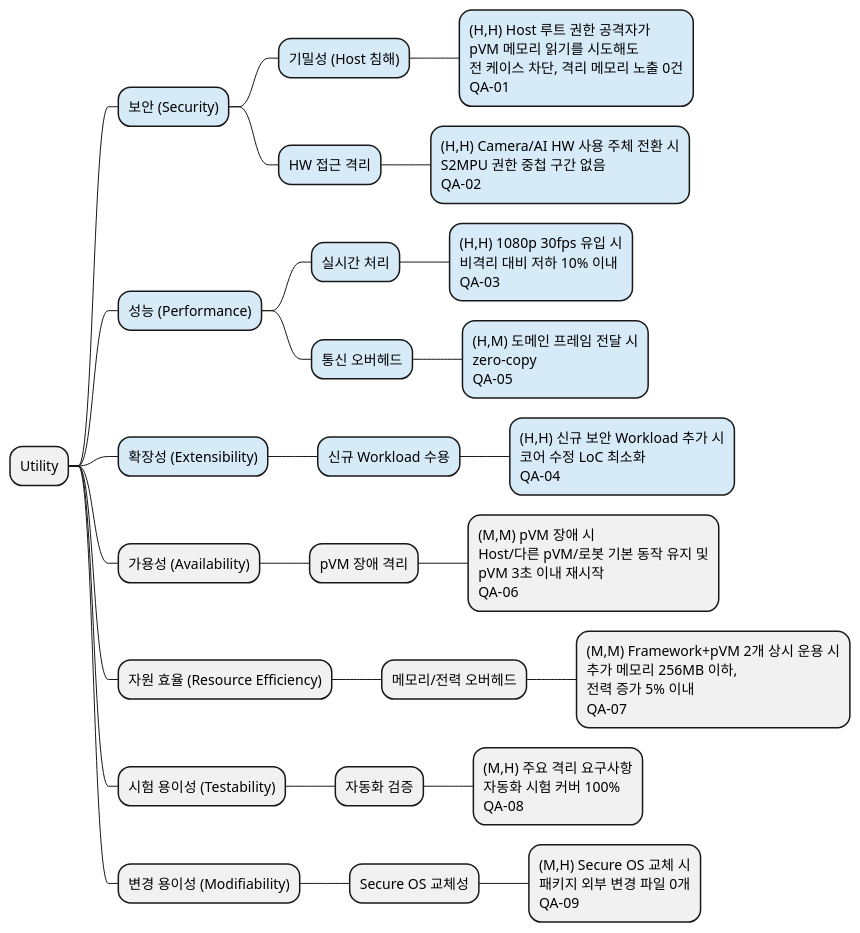
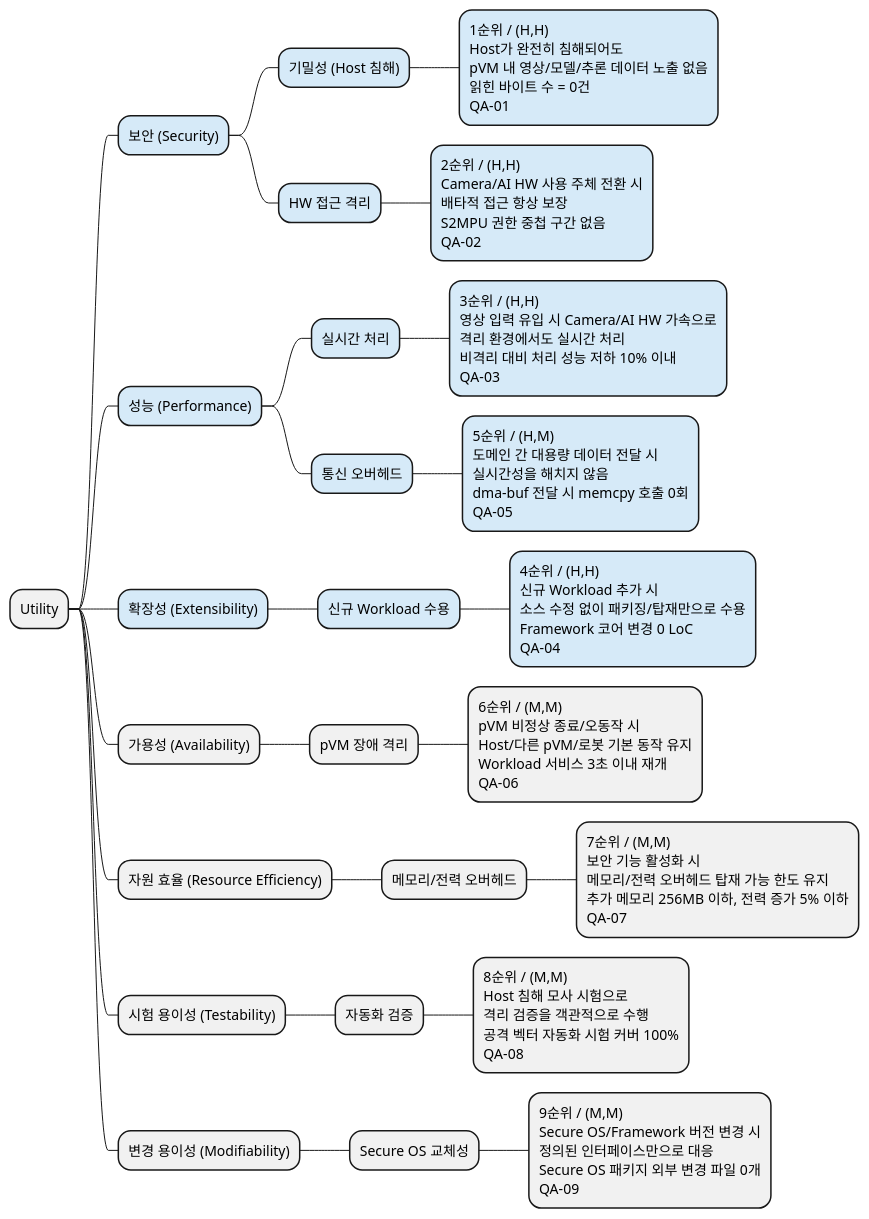
The diagram in docs/03_utility_tree.md (boram1288/test-p), drawn with PlantUML before and after one commit. The commit also changed other lines of this file, not shown here.

````diff
--- a/docs/03_utility_tree.md
+++ b/docs/03_utility_tree.md
@@ -24,30 +24,30 @@
 ```plantuml
 @startmindmap
 * Utility
 **[#D6EAF8] 보안 (Security)
 ***[#D6EAF8] 기밀성 (Host 침해)
-****[#D6EAF8] (H,H) Host 루트 권한 공격자가\npVM 메모리 읽기를 시도해도\n전 케이스 차단, 격리 메모리 노출 0건\nQA-01
+****[#D6EAF8] 1순위 / (H,H)\nHost가 완전히 침해되어도\npVM 내 영상/모델/추론 데이터 노출 없음\n읽힌 바이트 수 = 0건\nQA-01
 ***[#D6EAF8] HW 접근 격리
-****[#D6EAF8] (H,H) Camera/AI HW 사용 주체 전환 시\nS2MPU 권한 중첩 구간 없음\nQA-02
+****[#D6EAF8] 2순위 / (H,H)\nCamera/AI HW 사용 주체 전환 시\n배타적 접근 항상 보장\nS2MPU 권한 중첩 구간 없음\nQA-02
 **[#D6EAF8] 성능 (Performance)
 ***[#D6EAF8] 실시간 처리
-****[#D6EAF8] (H,H) 1080p 30fps 유입 시\n비격리 대비 저하 10% 이내\nQA-03
+****[#D6EAF8] 3순위 / (H,H)\n영상 입력 유입 시 Camera/AI HW 가속으로\n격리 환경에서도 실시간 처리\n비격리 대비 처리 성능 저하 10% 이내\nQA-03
 ***[#D6EAF8] 통신 오버헤드
-****[#D6EAF8] (H,M) 도메인 프레임 전달 시\nzero-copy\nQA-05
+****[#D6EAF8] 5순위 / (H,M)\n도메인 간 대용량 데이터 전달 시\n실시간성을 해치지 않음\ndma-buf 전달 시 memcpy 호출 0회\nQA-05
 **[#D6EAF8] 확장성 (Extensibility)
 ***[#D6EAF8] 신규 Workload 수용
-****[#D6EAF8] (H,H) 신규 보안 Workload 추가 시\n코어 수정 LoC 최소화\nQA-04
+****[#D6EAF8] 4순위 / (H,H)\n신규 Workload 추가 시\n소스 수정 없이 패키징/탑재만으로 수용\nFramework 코어 변경 0 LoC\nQA-04
 ** 가용성 (Availability)
 *** pVM 장애 격리
-**** (M,M) pVM 장애 시\nHost/다른 pVM/로봇 기본 동작 유지 및\npVM 3초 이내 재시작\nQA-06
+**** 6순위 / (M,M)\npVM 비정상 종료/오동작 시\nHost/다른 pVM/로봇 기본 동작 유지\nWorkload 서비스 3초 이내 재개\nQA-06
 ** 자원 효율 (Resource Efficiency)
 *** 메모리/전력 오버헤드
-**** (M,M) Framework+pVM 2개 상시 운용 시\n추가 메모리 256MB 이하,\n전력 증가 5% 이내\nQA-07
+**** 7순위 / (M,M)\n보안 기능 활성화 시\n메모리/전력 오버헤드 탑재 가능 한도 유지\n추가 메모리 256MB 이하, 전력 증가 5% 이하\nQA-07
 ** 시험 용이성 (Testability)
 *** 자동화 검증
-**** (M,H) 주요 격리 요구사항\n자동화 시험 커버 100%\nQA-08
+**** 8순위 / (M,M)\nHost 침해 모사 시험으로\n격리 검증을 객관적으로 수행\n공격 벡터 자동화 시험 커버 100%\nQA-08
 ** 변경 용이성 (Modifiability)
 *** Secure OS 교체성
-**** (M,H) Secure OS 교체 시\n패키지 외부 변경 파일 0개\nQA-09
+**** 9순위 / (M,M)\nSecure OS/Framework 버전 변경 시\n정의된 인터페이스만으로 대응\nSecure OS 패키지 외부 변경 파일 0개\nQA-09
 @endmindmap
 ```
````
